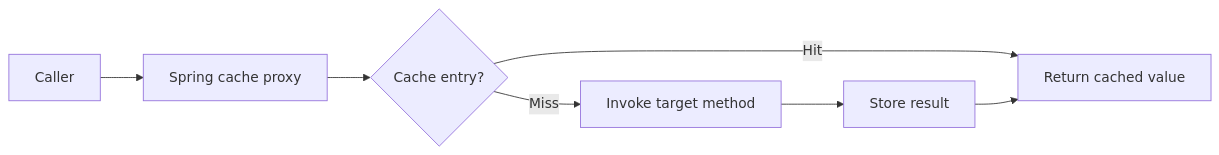
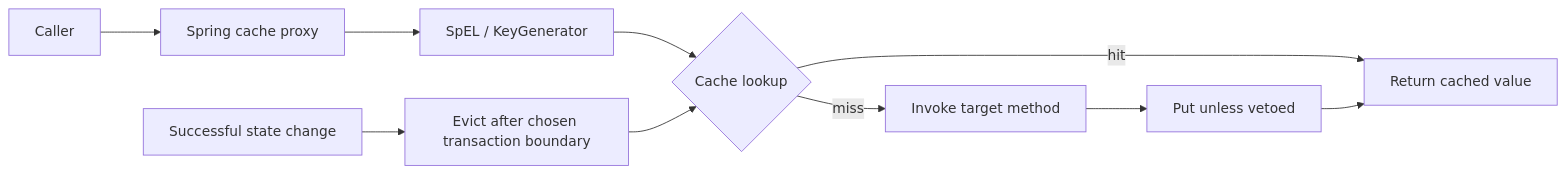
One commit to taukhir/shopverse changed the first of 2 diagrams in documentation/docs/spring/SPRING-CACHE.md. Above: the diagram before and after it, drawn with Mermaid. The commit also changed other lines of this file and 4530 other files, not shown here.

Commit message:
Refactor shopverse storefront and refresh UI flows

````diff
--- a/documentation/docs/spring/SPRING-CACHE.md
+++ b/documentation/docs/spring/SPRING-CACHE.md
@@ -61,9 +34,12 @@
 ```mermaid
 flowchart LR
     Caller --> Proxy["Spring cache proxy"]
-    Proxy --> Lookup{"Cache entry?"}
-    Lookup -->|"Hit"| Return["Return cached value"]
-    Lookup -->|"Miss"| Method["Invoke target method"]
-    Method --> Store["Store result"]
+    Proxy --> Key["SpEL / KeyGenerator"]
+    Key --> Cache{"Cache lookup"}
+    Cache -->|"hit"| Return["Return cached value"]
+    Cache -->|"miss"| Target["Invoke target method"]
+    Target --> Store["Put unless vetoed"]
     Store --> Return
+    Write["Successful state change"] --> Evict["Evict after chosen transaction boundary"]
+    Evict --> Cache
 ```
````
